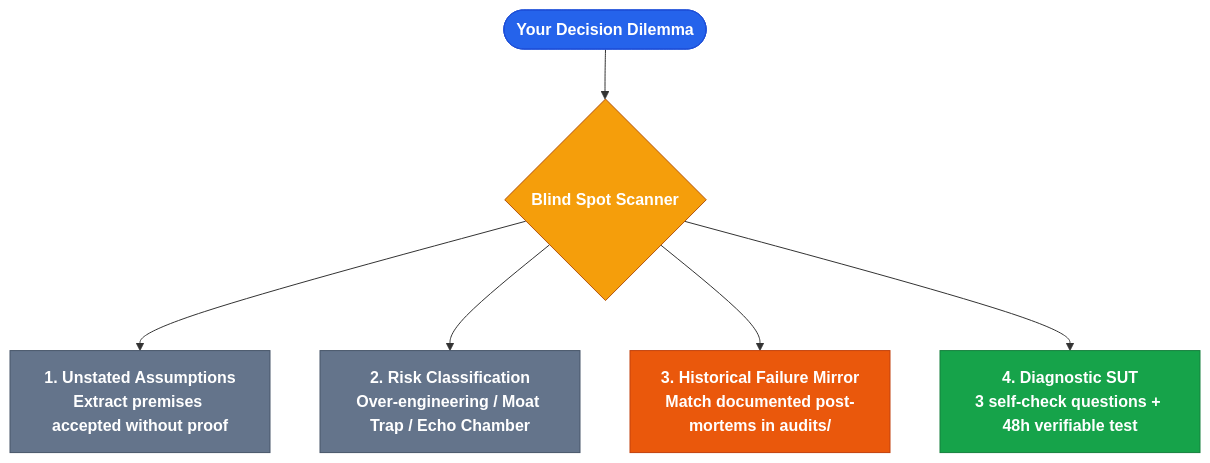
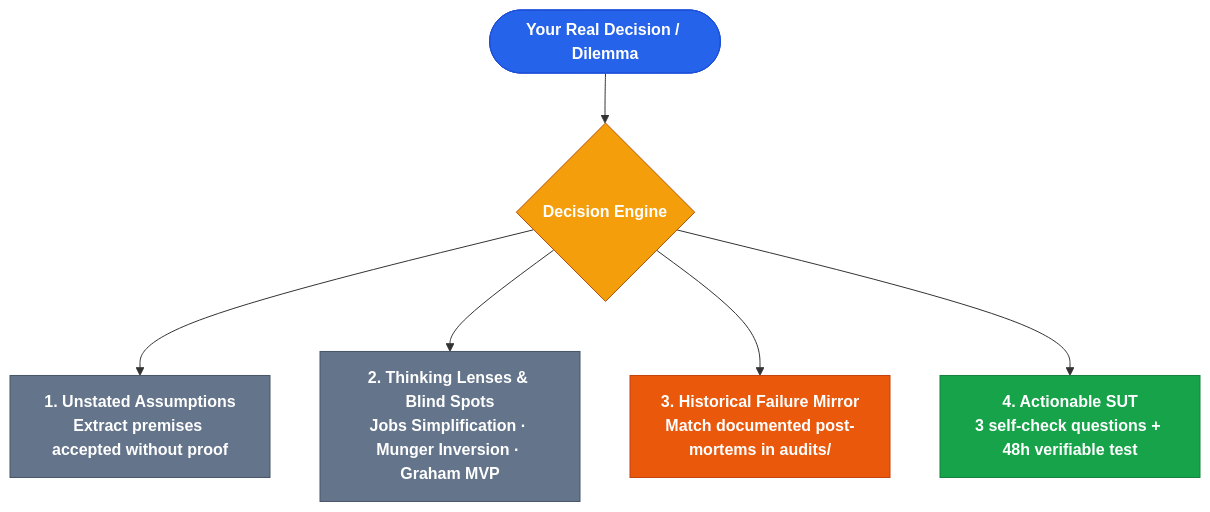
Before and after one commit to DOTfei/borrowed-brain-pro: the diagram in README.md, drawn with Mermaid. The commit also changed other lines of this file and 4 other files, not shown here.

````diff
--- a/README.md
+++ b/README.md
@@ -81,19 +83,19 @@
 ```mermaid
 flowchart TD
-    Dilemma(["Your Decision Dilemma"]):::start --> Scan{"Blind Spot Scanner"}:::decision
+    Dilemma(["Your Real Decision / Dilemma"]):::start --> Engine{"Decision Engine"}:::decision
 
-    Scan --> S1["1. Unstated Assumptions
+    Engine --> S1["1. Unstated Assumptions
 Extract premises accepted without proof"]:::action
-    Scan --> S2["2. Risk Classification
-Over-engineering / Moat Trap / Echo Chamber"]:::action
-    Scan --> S3["3. Historical Failure Mirror
+    Engine --> S2["2. Thinking Lenses & Blind Spots
+Jobs Simplification · Munger Inversion · Graham MVP"]:::action
+    Engine --> S3["3. Historical Failure Mirror
 Match documented post-mortems in audits/"]:::warning
-    Scan --> S4["4. Diagnostic SUT
+    Engine --> S4["4. Actionable SUT
 3 self-check questions + 48h verifiable test"]:::success
 
     classDef start fill:#2563eb,stroke:#1d4ed8,color:#ffffff,font-weight:bold
     classDef decision fill:#f59e0b,stroke:#b45309,color:#ffffff,font-weight:bold
     classDef action fill:#64748b,stroke:#475569,color:#ffffff,font-weight:bold
     classDef warning fill:#ea580c,stroke:#c2410c,color:#ffffff,font-weight:bold
     classDef success fill:#16a34a,stroke:#15803d,color:#ffffff,font-weight:bold
 ```
````
